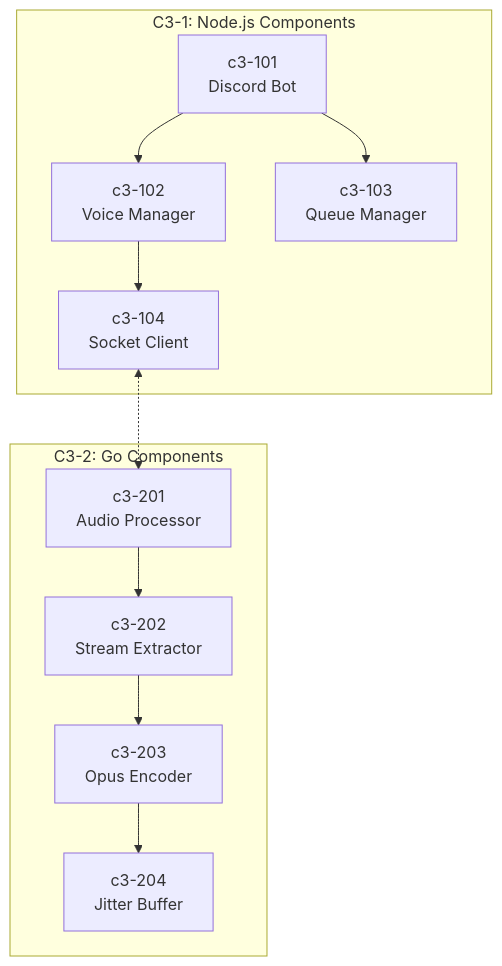
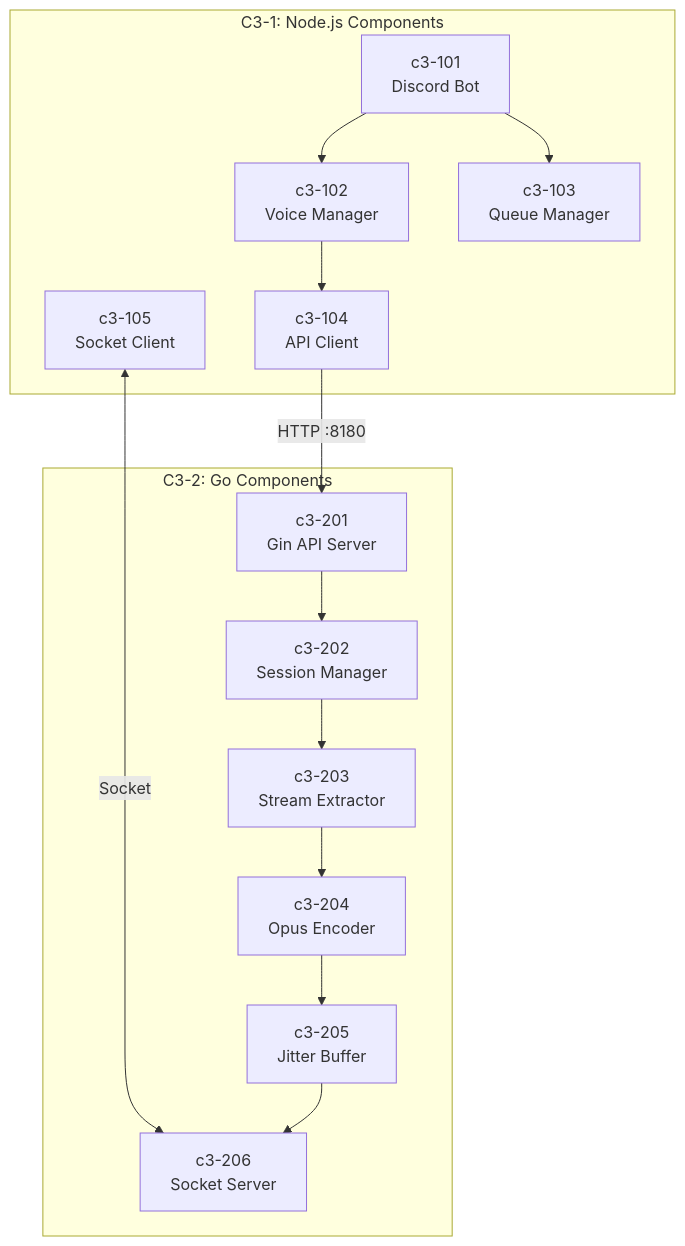
Before and after one commit to thewind121212/natashi: the third of 9 diagrams in .claude/skills/topic-planning/SKILL.md, drawn with Mermaid. The commit also changed other lines of this file and 34 other files, not shown here.

````diff
--- a/.claude/skills/topic-planning/SKILL.md
+++ b/.claude/skills/topic-planning/SKILL.md
@@ -99,24 +94,25 @@
 ```mermaid
 flowchart TB
     subgraph C3_1["C3-1: Node.js Components"]
         C101[c3-101<br/>Discord Bot]
         C102[c3-102<br/>Voice Manager]
         C103[c3-103<br/>Queue Manager]
-        C104[c3-104<br/>Socket Client]
+        C104[c3-104<br/>API Client]
+        C105[c3-105<br/>Socket Client]
     end
 
     subgraph C3_2["C3-2: Go Components"]
-        C201[c3-201<br/>Audio Processor]
-        C202[c3-202<br/>Stream Extractor]
-        C203[c3-203<br/>Opus Encoder]
-        C204[c3-204<br/>Jitter Buffer]
+        C201[c3-201<br/>Gin API Server]
+        C202[c3-202<br/>Session Manager]
+        C203[c3-203<br/>Stream Extractor]
+        C204[c3-204<br/>Opus Encoder]
+        C205[c3-205<br/>Jitter Buffer]
+        C206[c3-206<br/>Socket Server]
     end
 
-    C101 --> C102
+    C101 --> C102 --> C104
     C101 --> C103
-    C102 --> C104
-    C104 <-.-> C201
-    C201 --> C202
-    C202 --> C203
-    C203 --> C204
+    C104 -->|HTTP :8180| C201
+    C105 <-->|Socket| C206
+    C201 --> C202 --> C203 --> C204 --> C205 --> C206
 ```
````
